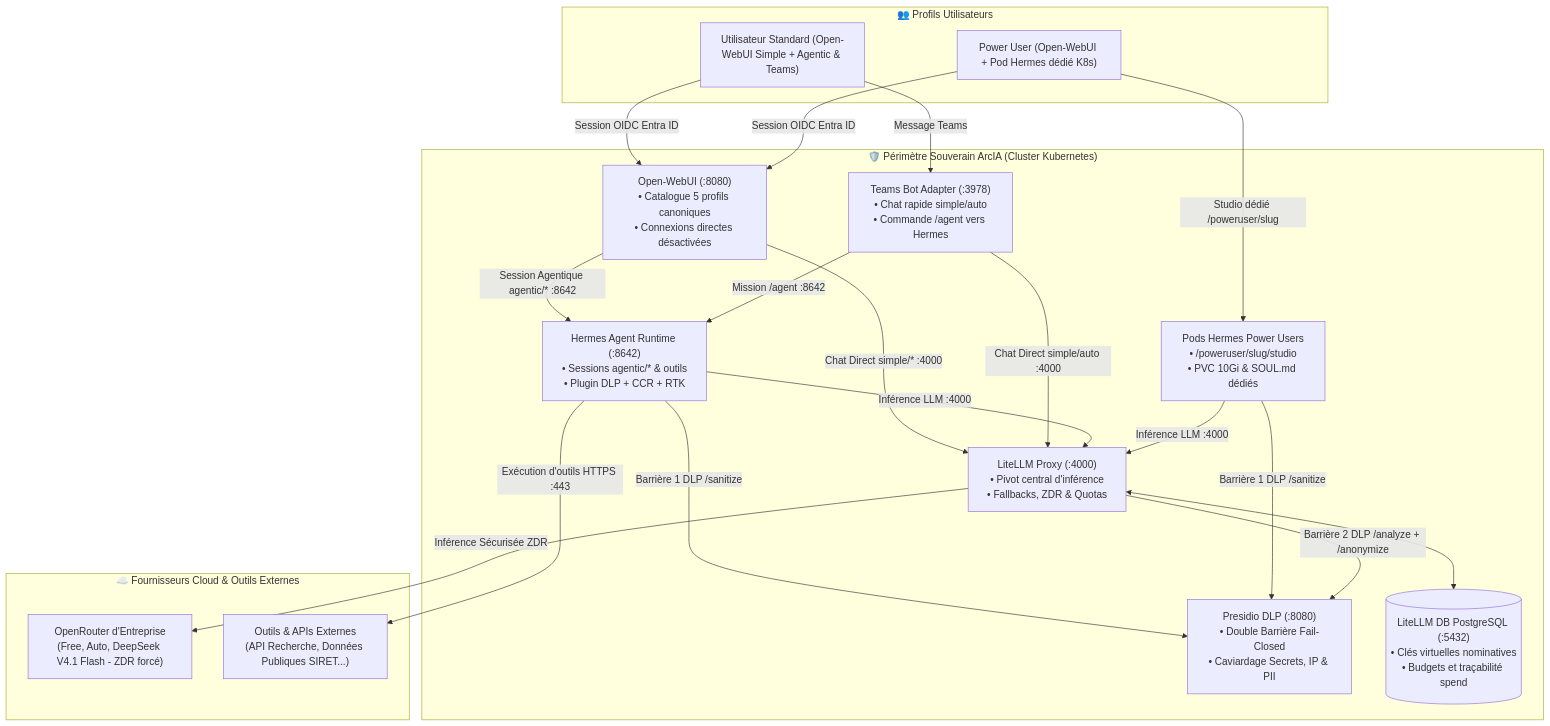
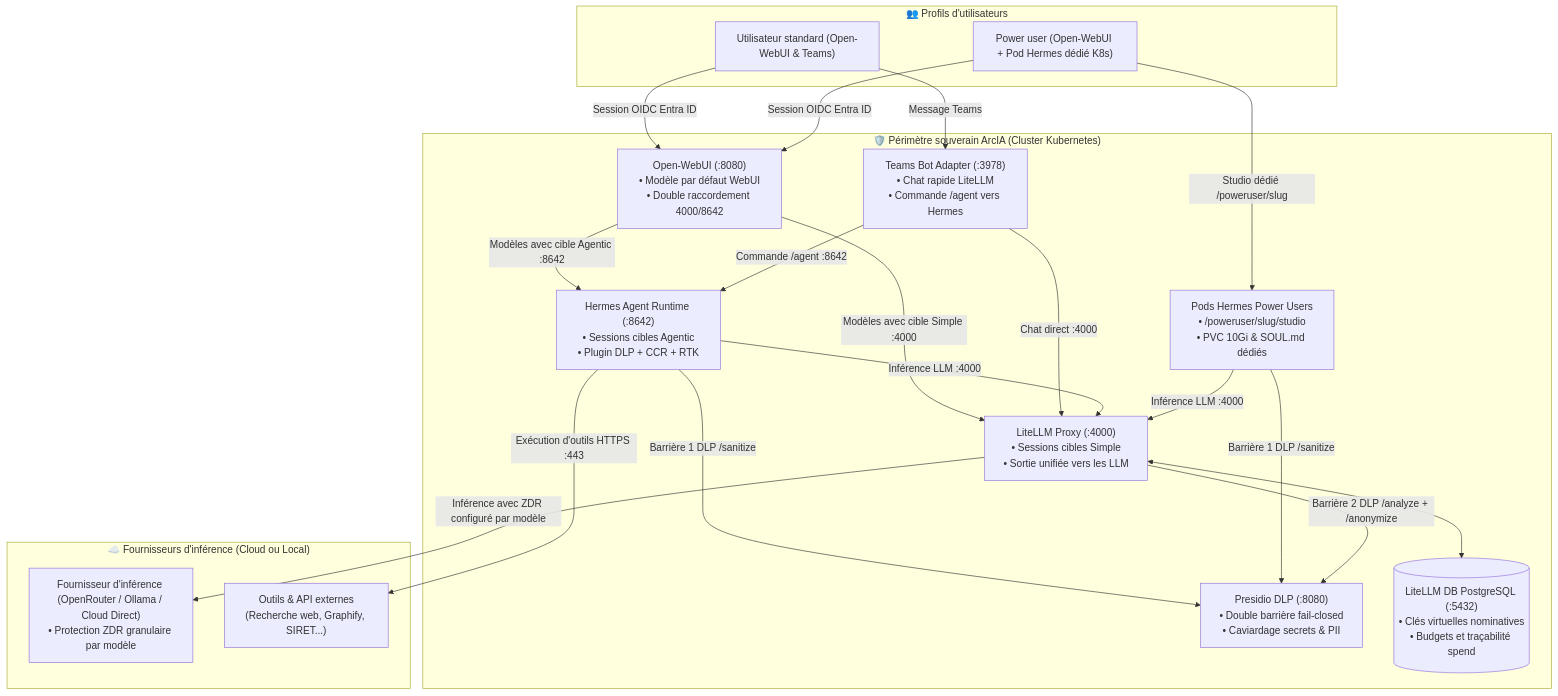
The first of 2 diagrams in docs/guides/chaine-de-routage.md (nicolastheuil/ArcIA), drawn with Mermaid before and after one commit. The commit also changed other lines of this file and 71 other files, not shown here.

````diff
--- a/docs/guides/chaine-de-routage.md
+++ b/docs/guides/chaine-de-routage.md
@@ -24,42 +26,42 @@
 ```mermaid
 flowchart TD
-    subgraph Clients ["👥 Profils Utilisateurs"]
-        UserStd["Utilisateur Standard (Open-WebUI Simple + Agentic & Teams)"]
-        PowerUser["Power User (Open-WebUI + Pod Hermes dédié K8s)"]
+    subgraph Clients ["👥 Profils d'utilisateurs"]
+        UserStd["Utilisateur standard (Open-WebUI & Teams)"]
+        PowerUser["Power user (Open-WebUI + Pod Hermes dédié K8s)"]
     end
 
-    subgraph SecurityGate ["🛡️ Périmètre Souverain ArcIA (Cluster Kubernetes)"]
-        WebUIGate["Open-WebUI (:8080)<br/>• Catalogue 5 profils canoniques<br/>• Connexions directes désactivées"]
-        TeamsGate["Teams Bot Adapter (:3978)<br/>• Chat rapide simple/auto<br/>• Commande /agent vers Hermes"]
-        HermesAgent["Hermes Agent Runtime (:8642)<br/>• Sessions agentic/* & outils<br/>• Plugin DLP + CCR + RTK"]
+    subgraph SecurityGate ["🛡️ Périmètre souverain ArcIA (Cluster Kubernetes)"]
+        WebUIGate["Open-WebUI (:8080)<br/>• Modèle par défaut WebUI<br/>• Double raccordement 4000/8642"]
+        TeamsGate["Teams Bot Adapter (:3978)<br/>• Chat rapide LiteLLM<br/>• Commande /agent vers Hermes"]
+        HermesAgent["Hermes Agent Runtime (:8642)<br/>• Sessions cibles Agentic<br/>• Plugin DLP + CCR + RTK"]
         HermesPU["Pods Hermes Power Users<br/>• /poweruser/slug/studio<br/>• PVC 10Gi & SOUL.md dédiés"]
-        LiteLLMGate["LiteLLM Proxy (:4000)<br/>• Pivot central d'inférence<br/>• Fallbacks, ZDR & Quotas"]
-        PresidioGate["Presidio DLP (:8080)<br/>• Double Barrière Fail-Closed<br/>• Caviardage Secrets, IP & PII"]
+        LiteLLMGate["LiteLLM Proxy (:4000)<br/>• Sessions cibles Simple<br/>• Sortie unifiée vers les LLM"]
+        PresidioGate["Presidio DLP (:8080)<br/>• Double barrière fail-closed<br/>• Caviardage secrets & PII"]
         LiteLLMDB[("LiteLLM DB PostgreSQL (:5432)<br/>• Clés virtuelles nominatives<br/>• Budgets et traçabilité spend")]
     end
 
-    subgraph CloudInference ["☁️ Fournisseurs Cloud & Outils Externes"]
-        OpenRouterHub["OpenRouter d'Entreprise<br/>(Free, Auto, DeepSeek V4.1 Flash - ZDR forcé)"]
-        ExtTools["Outils & APIs Externes<br/>(API Recherche, Données Publiques SIRET...)"]
+    subgraph CloudInference ["☁️ Fournisseurs d'inférence (Cloud ou Local)"]
+        LLMHub["Fournisseur d'inférence (OpenRouter / Ollama / Cloud Direct)<br/>• Protection ZDR granulaire par modèle"]
+        ExtTools["Outils & API externes<br/>(Recherche web, Graphify, SIRET...)"]
     end
 
     UserStd -->|Session OIDC Entra ID| WebUIGate
     UserStd -->|Message Teams| TeamsGate
     PowerUser -->|Session OIDC Entra ID| WebUIGate
     PowerUser -->|Studio dédié /poweruser/slug| HermesPU
 
-    WebUIGate -->|Chat Direct simple/* :4000| LiteLLMGate
-    WebUIGate -->|Session Agentique agentic/* :8642| HermesAgent
-    TeamsGate -->|Chat Direct simple/auto :4000| LiteLLMGate
-    TeamsGate -->|Mission /agent :8642| HermesAgent
+    WebUIGate -->|Modèles avec cible Simple :4000| LiteLLMGate
+    WebUIGate -->|Modèles avec cible Agentic :8642| HermesAgent
+    TeamsGate -->|Chat direct :4000| LiteLLMGate
+    TeamsGate -->|Commande /agent :8642| HermesAgent
 
     HermesAgent -->|Barrière 1 DLP /sanitize| PresidioGate
     HermesAgent -->|Inférence LLM :4000| LiteLLMGate
     HermesAgent -->|Exécution d'outils HTTPS :443| ExtTools
     HermesPU -->|Barrière 1 DLP /sanitize| PresidioGate
     HermesPU -->|Inférence LLM :4000| LiteLLMGate
 
     LiteLLMGate <--> LiteLLMDB
     LiteLLMGate -->|Barrière 2 DLP /analyze + /anonymize| PresidioGate
-    LiteLLMGate -->|Inférence Sécurisée ZDR| OpenRouterHub
+    LiteLLMGate -->|Inférence avec ZDR configuré par modèle| LLMHub
 ```
````
